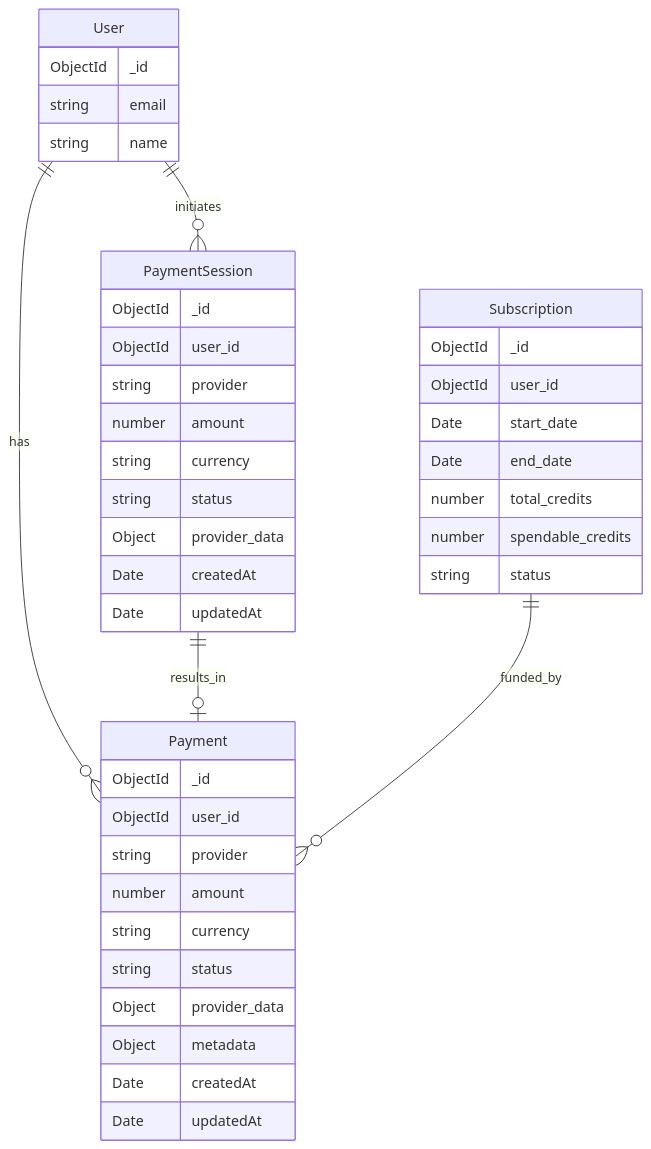
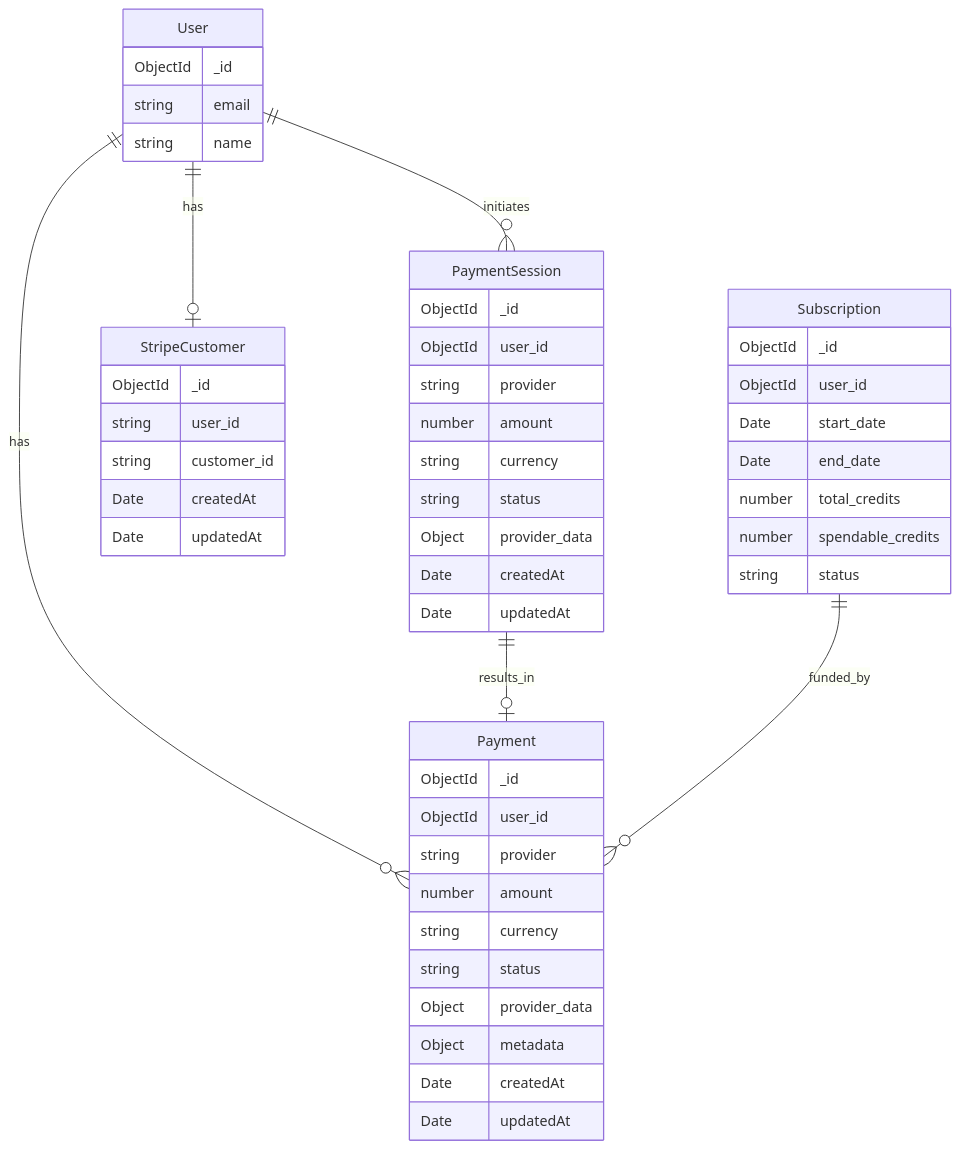
One commit to codebridger/subturtle-dashboard-app changed the third of 3 diagrams in server/src/modules/gateway/module_diagram.md. Above: the diagram before and after it, drawn with Mermaid. The commit also changed other lines of this file and 1 other file, not shown here.

Commit message:
doc: add StripeCustomer entity and update module diagram; enhance README with Stripe customer mapping details

````diff
--- a/server/src/modules/gateway/module_diagram.md
+++ b/server/src/modules/gateway/module_diagram.md
@@ -181,49 +181,58 @@
 ```mermaid
 erDiagram
     User ||--o{ PaymentSession : initiates
     User ||--o{ Payment : has
     PaymentSession ||--o| Payment : results_in
+    User ||--o| StripeCustomer : has
     
     User {
         ObjectId _id
         string email
         string name
     }
     
     PaymentSession {
         ObjectId _id
         ObjectId user_id
         string provider
         number amount
         string currency
         string status
         Object provider_data
         Date createdAt
         Date updatedAt
     }
     
     Payment {
         ObjectId _id
         ObjectId user_id
         string provider
         number amount
         string currency
         string status
         Object provider_data
         Object metadata
         Date createdAt
         Date updatedAt
     }
     
+    StripeCustomer {
+        ObjectId _id
+        string user_id
+        string customer_id
+        Date createdAt
+        Date updatedAt
+    }
+    
     Subscription ||--o{ Payment : funded_by
     
     Subscription {
         ObjectId _id
         ObjectId user_id
         Date start_date
         Date end_date
         number total_credits
         number spendable_credits
         string status
     }
 ```
````
